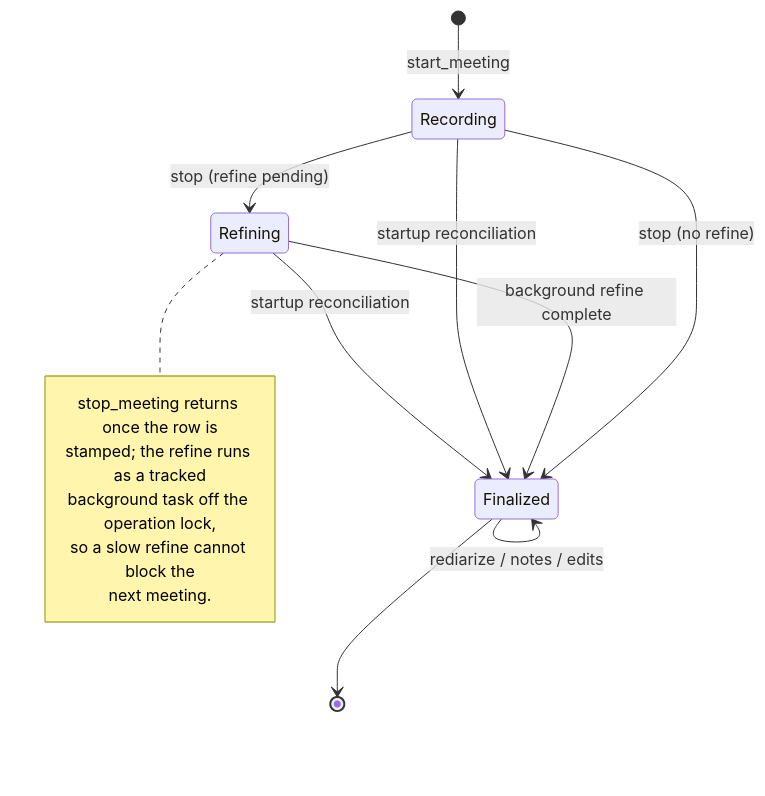
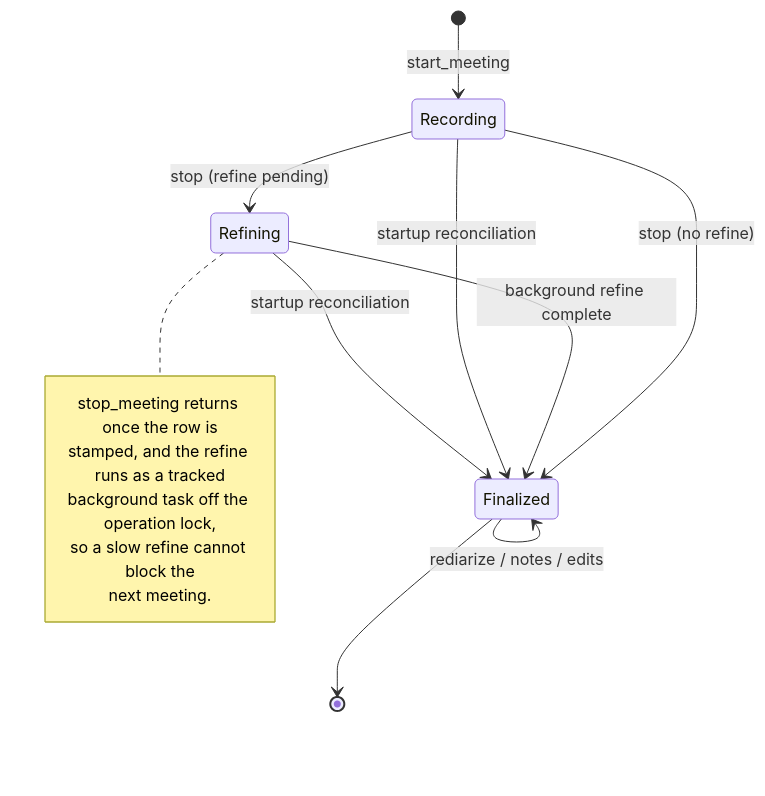
The sixth of 7 diagrams in docs/architecture.md (rwiseman87/hearsay), drawn with Mermaid before and after one commit. The commit also changed other lines of this file and 17 other files, not shown here.

````diff
--- a/docs/architecture.md
+++ b/docs/architecture.md
@@ -340,18 +357,18 @@
 ```mermaid
 stateDiagram-v2
     [*] --> Recording : start_meeting
     Recording --> Refining : stop (refine pending)
     Recording --> Finalized : stop (no refine)
     Refining --> Finalized : background refine complete
     Finalized --> Finalized : rediarize / notes / edits
     Recording --> Finalized : startup reconciliation
     Refining --> Finalized : startup reconciliation
     Finalized --> [*]
     note right of Refining
         stop_meeting returns once the row is
-        stamped; the refine runs as a tracked
+        stamped, and the refine runs as a tracked
         background task off the operation lock,
         so a slow refine cannot block the
         next meeting.
     end note
 ```
````
